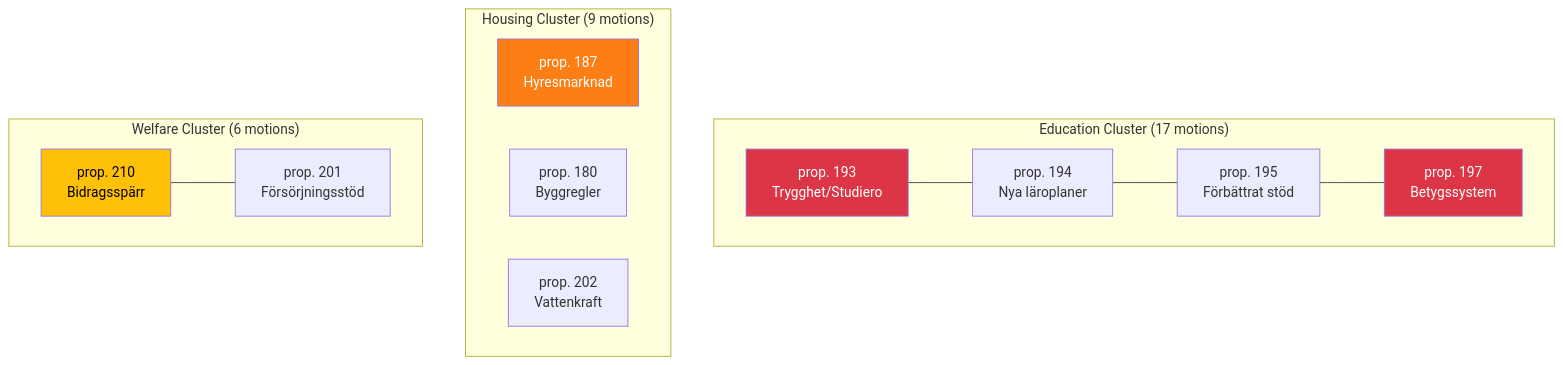
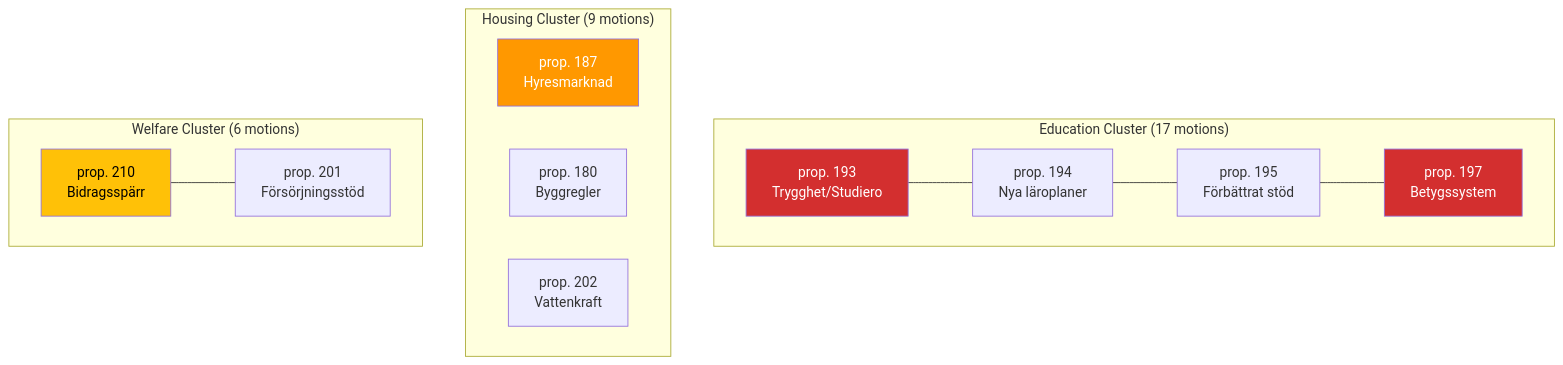
Before and after one commit to Hack23/riksdagsmonitor: the diagram in analysis/daily/2026-04-03/motions/cross-reference-map.md, drawn with Mermaid. The commit also changed 785 other files, not shown here.

First line of the commit message:
Normalize mermaid colors across 786 analysis artifacts to ISMS Style Guide palette

````diff
--- a/analysis/daily/2026-04-03/motions/cross-reference-map.md
+++ b/analysis/daily/2026-04-03/motions/cross-reference-map.md
@@ -10,26 +10,26 @@
 ```mermaid
 flowchart TB
     subgraph Edu["Education Cluster (17 motions)"]
         P193["prop. 193<br/>Trygghet/Studiero"]
         P194["prop. 194<br/>Nya läroplaner"]
         P195["prop. 195<br/>Förbättrat stöd"]
         P197["prop. 197<br/>Betygssystem"]
     end
     subgraph Housing["Housing Cluster (9 motions)"]
         P187["prop. 187<br/>Hyresmarknad"]
         P180["prop. 180<br/>Byggregler"]
         P202["prop. 202<br/>Vattenkraft"]
     end
     subgraph Welfare["Welfare Cluster (6 motions)"]
         P210["prop. 210<br/>Bidragsspärr"]
         P201["prop. 201<br/>Försörjningsstöd"]
     end
     P193 --- P194
     P194 --- P195
     P195 --- P197
     P210 --- P201
-    style P193 fill:#dc3545,color:#fff
-    style P197 fill:#dc3545,color:#fff
-    style P187 fill:#fd7e14,color:#fff
-    style P210 fill:#ffc107,color:#000
+    style P193 fill:#D32F2F,color:#FFFFFF
+    style P197 fill:#D32F2F,color:#FFFFFF
+    style P187 fill:#FF9800,color:#FFFFFF
+    style P210 fill:#FFC107,color:#000000
 ```
````
